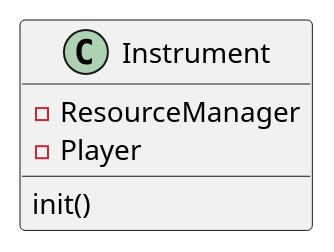
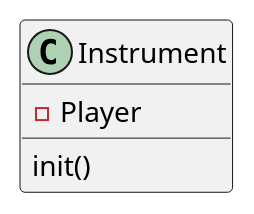
One commit to tunepruner/FingerPerc changed the seventh of 29 diagrams in app/Documentation/Declarations.puml. Above: the diagram before and after it, drawn with PlantUML. The commit also changed other lines of this file and 26 other files, not shown here.

Commit message:
Finishes basics of both prepareSequences

```diff
--- a/app/Documentation/Declarations.puml
+++ b/app/Documentation/Declarations.puml
@@ -45,7 +46,6 @@
 @startuml(id=Instrument)
 class Instrument{
--ResourceManager
 -Player
 init()
 }
 @enduml
```
